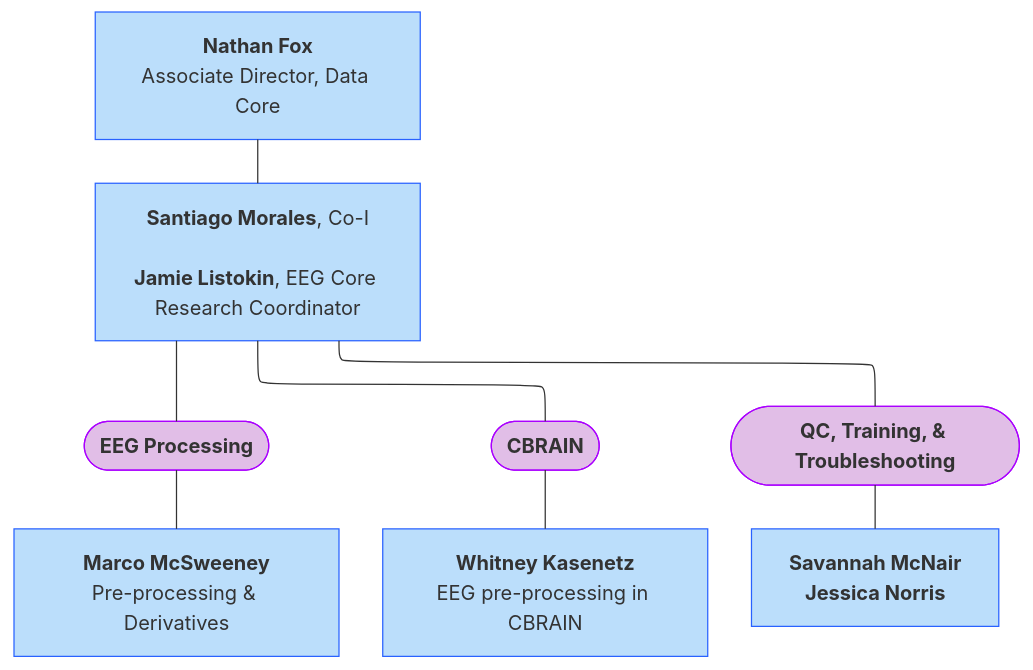
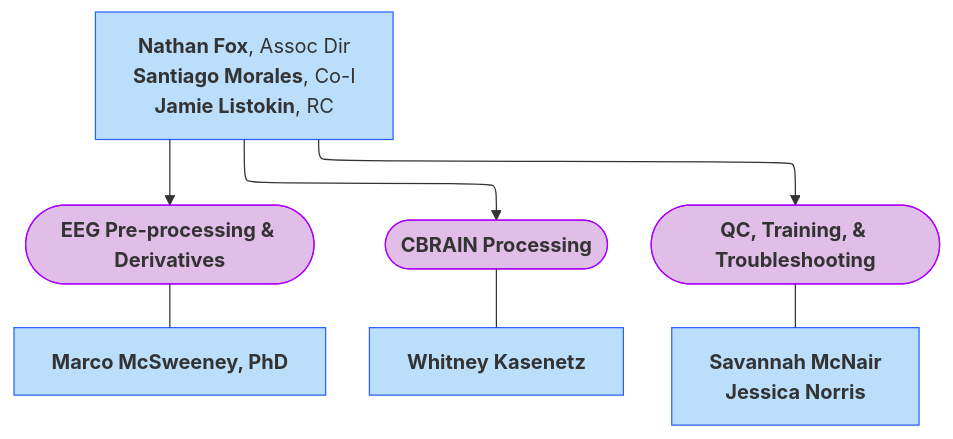
The ninth of 9 diagrams in docs/orgcharts.md (DCAN-Labs/hbcd-docs-internal), drawn with Mermaid before and after one commit.

Commit message:
simplify UMD EEG

````diff
--- a/docs/orgcharts.md
+++ b/docs/orgcharts.md
@@ -446,21 +446,18 @@
 ```mermaid
 ---
 config:
   layout: elk
 ---
 flowchart TB
-    n16["<b>Nathan Fox</b><br>Associate Director, Data Core"]
-    --- UMD2["<b>Santiago Morales</b>, Co-I<br><br><b>Jamie Listokin</b>, EEG Core Research Coordinator"]
-    UMD2 --- n17(["<b>EEG Processing</b>"]) & n18(["<b>CBRAIN</b>"]) & n21(["<b>QC, Training, &amp; Troubleshooting</b>"])
-    n17 --- n19["<b>Marco McSweeney</b><br>Pre-processing &amp; Derivatives"]
-    n18 --- n20["<b>Whitney Kasenetz</b><br>EEG pre-processing in CBRAIN"]
-    n21 --- n22["<b>Savannah McNair<br>Jessica Norris</b>"]
+    n17(["<b>EEG Pre-processing &amp; Derivatives</b>"]) --- n19["<b>Marco McSweeney, PhD</b>"]
+    n18(["<b>CBRAIN Processing</b>"]) --- n20["<b>Whitney Kasenetz</b>"]
+    n21(["<b>QC, Training, &amp; Troubleshooting</b>"]) --- n22["<b>Savannah McNair<br>Jessica Norris</b>"]
+    n16["<b>Nathan Fox</b>, Assoc Dir<br><b>Santiago Morales</b>, Co-I<br><b>Jamie Listokin</b>, RC"] --> n21 & n17 & n18
+    style n17 fill:#E1BEE7,stroke:#AA00FF
+    style n19 fill:#BBDEFB,stroke:#2962FF
+    style n18 fill:#E1BEE7,stroke:#AA00FF
+    style n20 fill:#BBDEFB,stroke:#2962FF
+    style n21 fill:#E1BEE7,stroke:#AA00FF
+    style n22 fill:#BBDEFB,stroke:#2962FF
     style n16 fill:#BBDEFB,stroke:#2962FF
-    style UMD2 fill:#BBDEFB,stroke:#2962FF
-    style n17 fill:#E1BEE7,stroke:#AA00FF
-    style n18 fill:#E1BEE7,stroke:#AA00FF
-    style n21 fill:#E1BEE7,stroke:#AA00FF
-    style n19 fill:#BBDEFB,stroke:#2962FF
-    style n20 fill:#BBDEFB,stroke:#2962FF
-    style n22 fill:#BBDEFB,stroke:#2962FF
 ```
````
